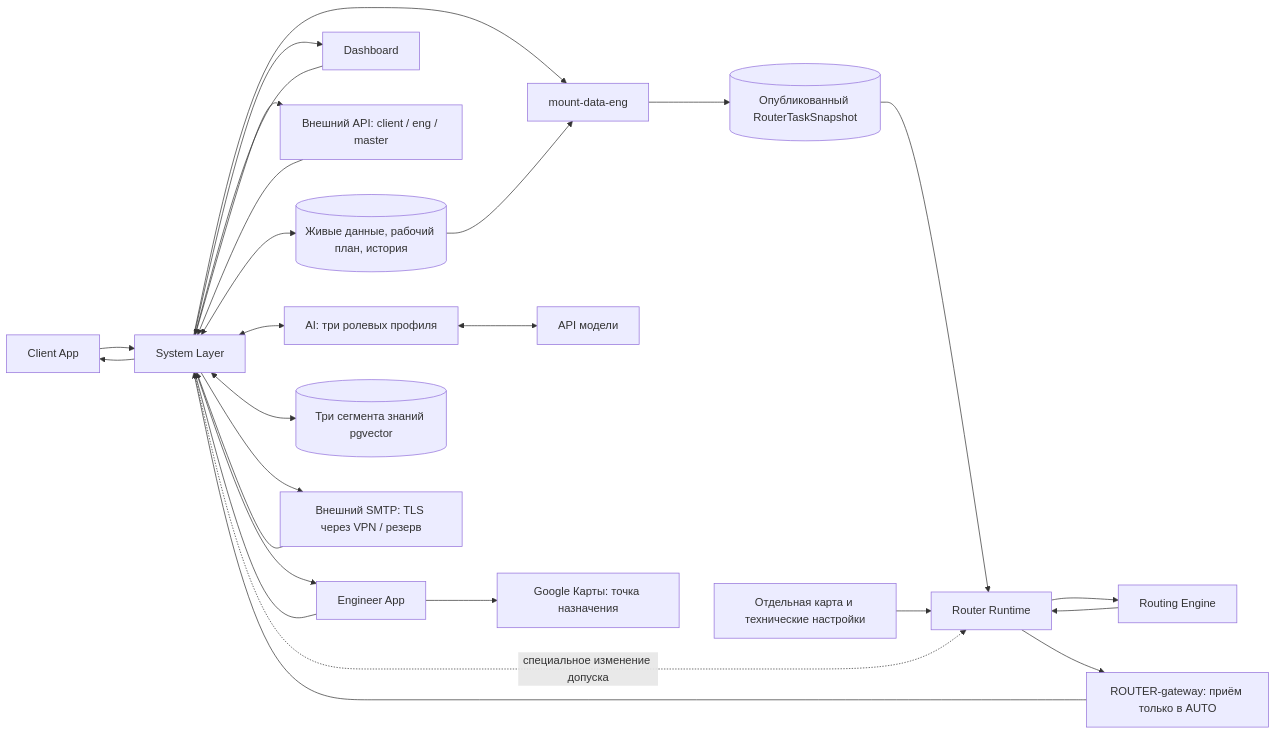
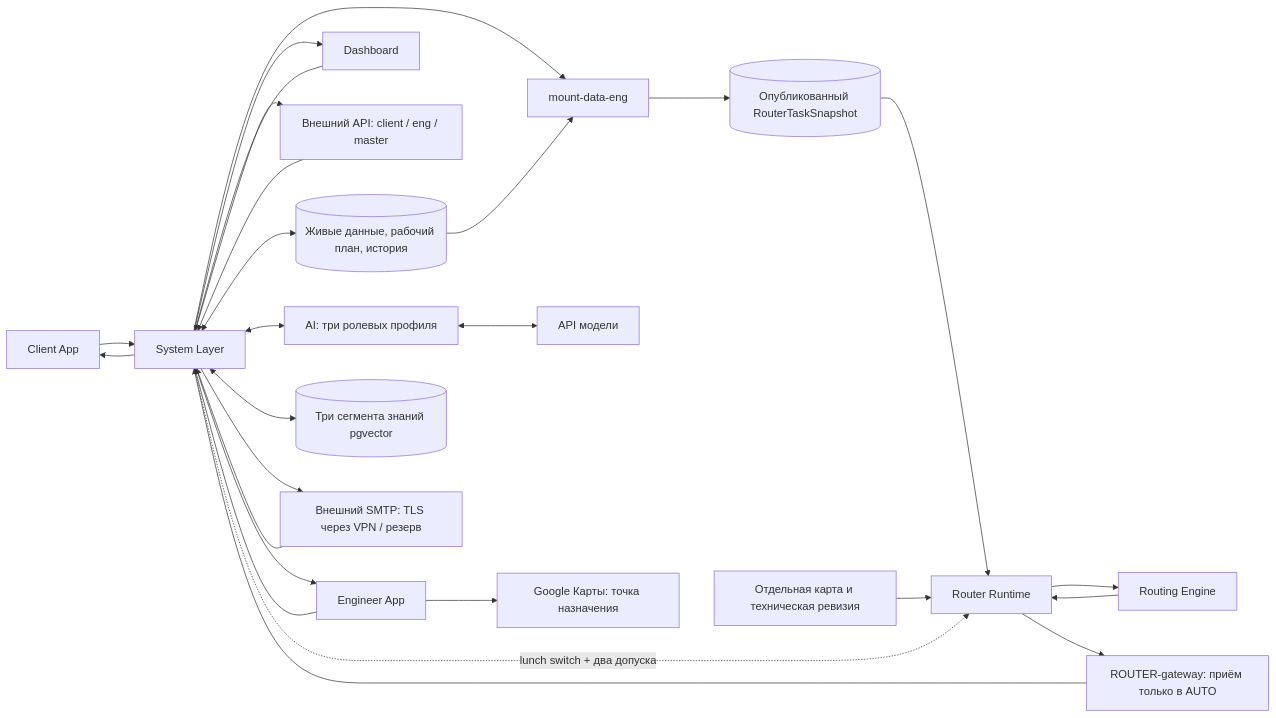
Before and after one commit to mgg789/LCT_smart_router: the first of 5 diagrams in context/42-data-flows.md, drawn with Mermaid. The commit also changed other lines of this file and 33 other files, not shown here.

````diff
--- a/context/42-data-flows.md
+++ b/context/42-data-flows.md
@@ -25,28 +25,28 @@
 ```mermaid
 flowchart LR
     C[Client App] --> S[System Layer]
     E[Engineer App] --> S
     D[Dashboard] --> S
     X[Внешний API: client / eng / master] --> S
     S --> C
     S --> E
     S --> D
     S --> X
     S <--> B[(Живые данные, рабочий план, история)]
     S --> M[mount-data-eng]
     B --> M
     M --> P[(Опубликованный RouterTaskSnapshot)]
     P --> RT[Router Runtime]
     RT --> RE[Routing Engine]
     RE --> RT
-    MAP[Отдельная карта и технические настройки] --> RT
+    MAP[Отдельная карта и техническая ревизия] --> RT
     RT --> G[ROUTER-gateway: приём только в AUTO]
     G --> S
-    S -. специальное изменение допуска .-> RT
+    S -. lunch switch + два допуска .-> RT
     S <--> A[AI: три ролевых профиля]
     A <--> L[API модели]
     S <--> K[(Три сегмента знаний pgvector)]
     S --> MAIL[Внешний SMTP: TLS через VPN / резерв]
     MAIL --> S
     E --> GM[Google Карты: точка назначения]
 ```
````
